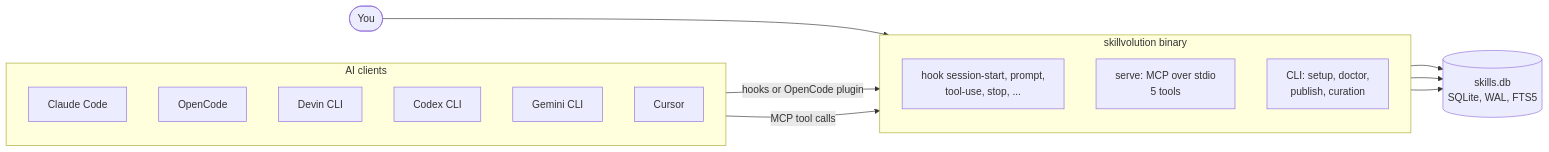
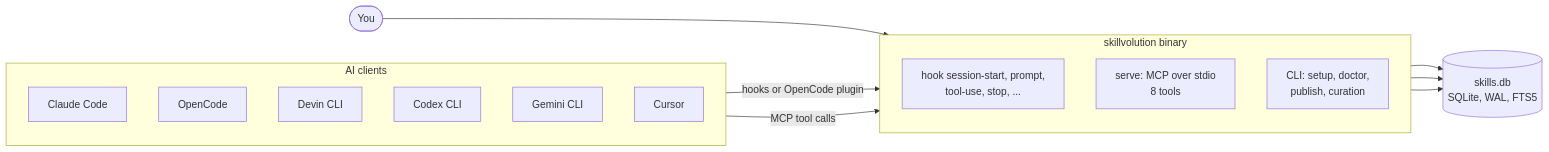
One commit to KikeKnox/Skillvolution changed the second of 2 diagrams in README.md. Above: the diagram before and after it, drawn with Mermaid. The commit also changed other lines of this file and 35 other files, not shown here.

First line of the commit message:
Add MCP agent tools, serve --client, and keep project agent files out of git

````diff
--- a/README.md
+++ b/README.md
@@ -53,24 +53,24 @@
 ```mermaid
 flowchart LR
     subgraph clients["AI clients"]
         direction TB
         cc["Claude Code"]
         oc["OpenCode"]
         dv["Devin CLI"]
         cx["Codex CLI"]
         gm["Gemini CLI"]
         cu["Cursor"]
     end
     subgraph bin["skillvolution binary"]
         direction TB
         hooks["hook session-start, prompt,<br/>tool-use, stop, ..."]
-        mcp["serve: MCP over stdio<br/>5 tools"]
+        mcp["serve: MCP over stdio<br/>8 tools"]
         cli["CLI: setup, doctor,<br/>publish, curation"]
     end
     clients -- "hooks or OpenCode plugin" --> hooks
     clients -- "MCP tool calls" --> mcp
     you(["You"]) --> cli
     hooks --> db[("skills.db<br/>SQLite, WAL, FTS5")]
     mcp --> db
     cli --> db
 ```
````
